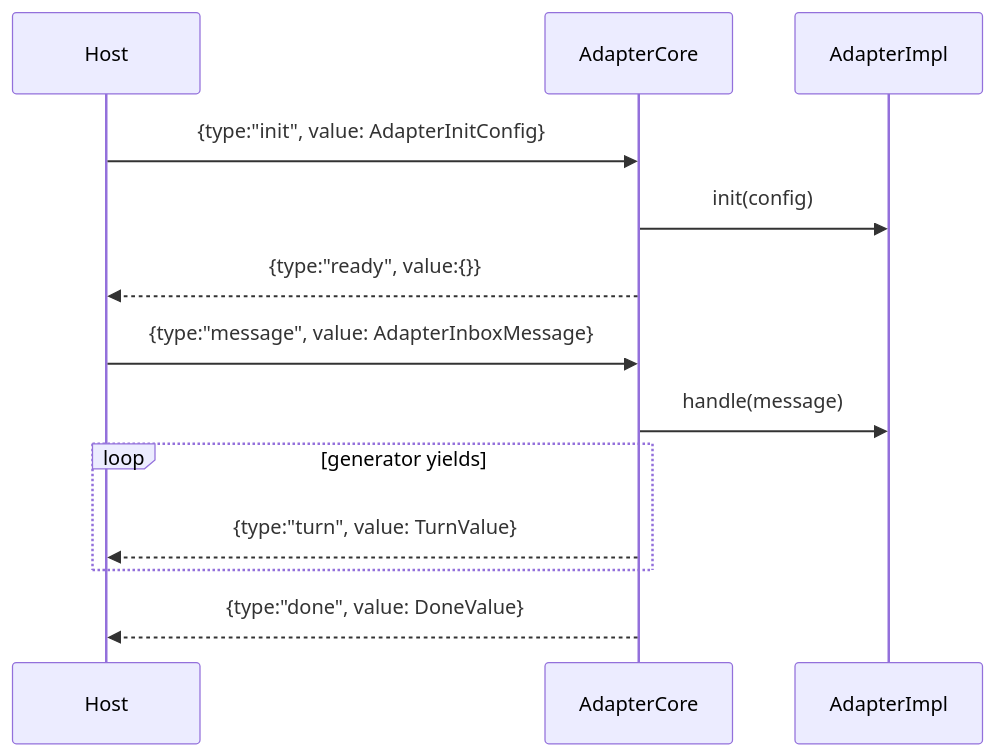
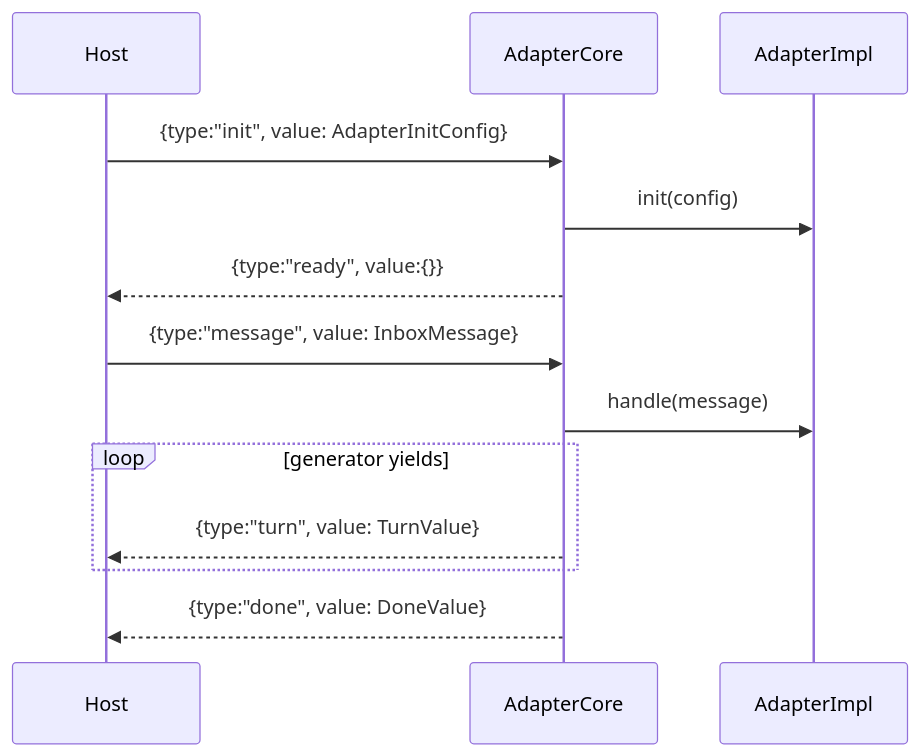
Before and after one commit to shazhou-ww/sumeru: the diagram in cards/adapter-contract.md, drawn with Mermaid. The commit also changed other lines of this file and 16 other files, not shown here.

First line of the commit message:
docs(cards): update all architecture cards for V3 data model

````diff
--- a/cards/adapter-contract.md
+++ b/cards/adapter-contract.md
@@ -24,16 +24,16 @@
 ```mermaid
 sequenceDiagram
   participant Host
   participant AdapterCore
   participant Impl as AdapterImpl
 
   Host->>AdapterCore: {type:"init", value: AdapterInitConfig}
   AdapterCore->>Impl: init(config)
   AdapterCore-->>Host: {type:"ready", value:{}}
-  Host->>AdapterCore: {type:"message", value: AdapterInboxMessage}
+  Host->>AdapterCore: {type:"message", value: InboxMessage}
   AdapterCore->>Impl: handle(message)
   loop generator yields
     AdapterCore-->>Host: {type:"turn", value: TurnValue}
   end
   AdapterCore-->>Host: {type:"done", value: DoneValue}
 ```
````
